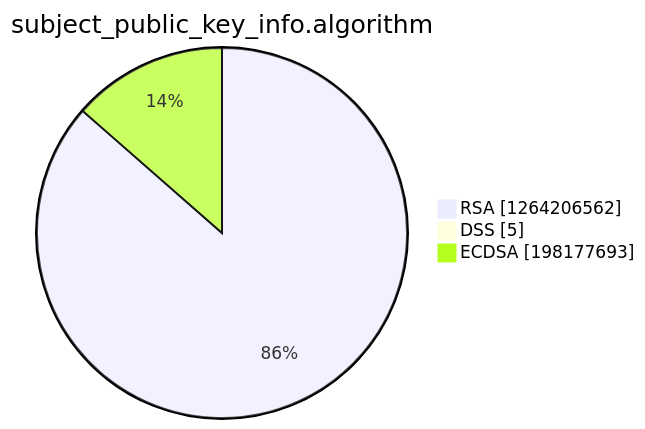
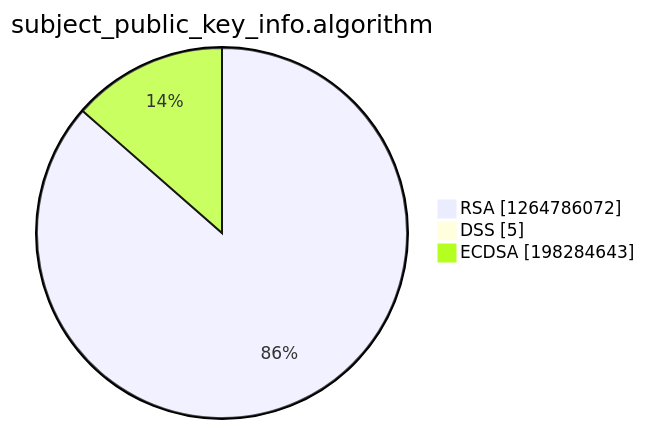
One commit to christiankrug/ctmonitor_visualization changed the third of 15 diagrams in argon2022/README.md. Above: the diagram before and after it, drawn with Mermaid. The commit also changed other lines of this file, not shown here.

````diff
--- a/argon2022/README.md
+++ b/argon2022/README.md
@@ -14,7 +14,7 @@
 ```mermaid
 pie showData
 title subject_public_key_info.algorithm
-"RSA" :1264206562
+"RSA" :1264786072
 "DSS" :5
-"ECDSA" :198177693
+"ECDSA" :198284643
 ```
````
